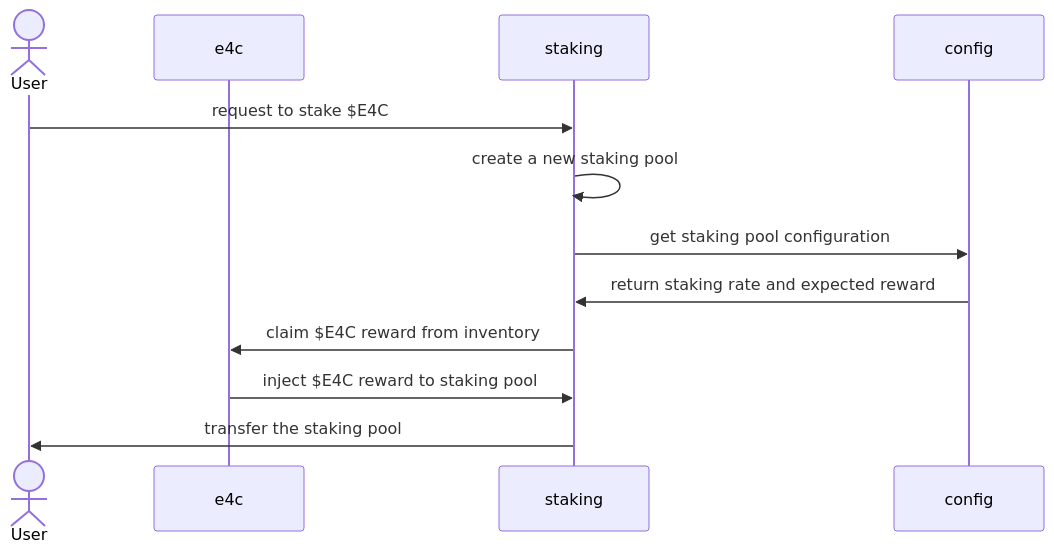
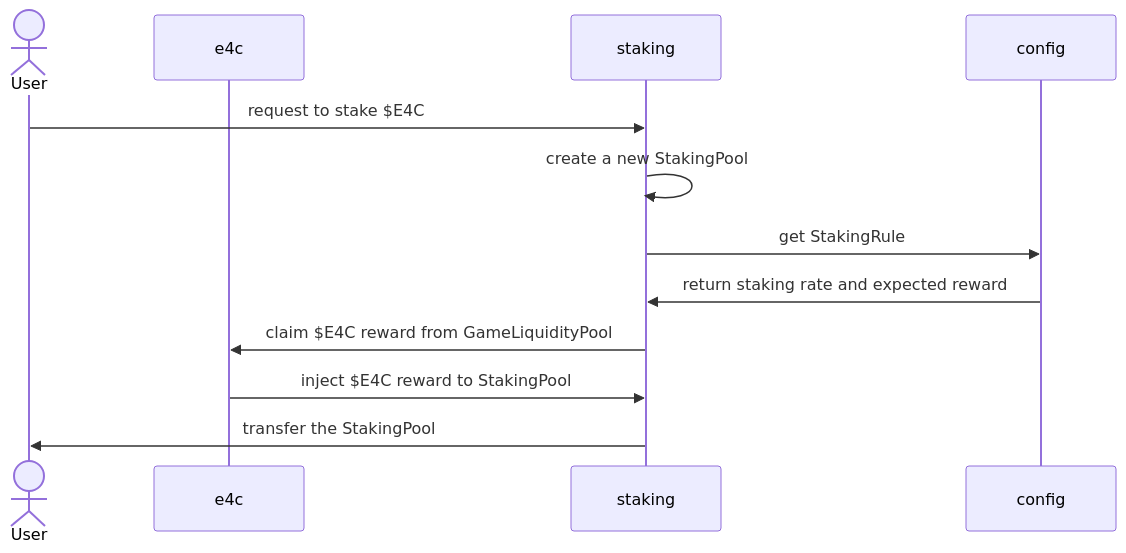
One commit to z330789559/e4c changed the second of 4 diagrams in README.md. Above: the diagram before and after it, drawn with Mermaid. The commit also changed other lines of this file, not shown here.

Commit message:
docs: use proper noun

````diff
--- a/README.md
+++ b/README.md
@@ -44,14 +44,14 @@
 ```mermaid
 sequenceDiagram
     actor U as User
     participant e4c
     participant staking
     participant config
     U ->> staking: request to stake $E4C
-    staking ->> staking: create a new staking pool
-    staking ->> config: get staking pool configuration
+    staking ->> staking: create a new StakingPool
+    staking ->> config: get StakingRule
     config ->> staking: return staking rate and expected reward
-    staking ->> e4c: claim $E4C reward from inventory
-    e4c ->> staking: inject $E4C reward to staking pool
-    staking ->> U: transfer the staking pool
+    staking ->> e4c: claim $E4C reward from GameLiquidityPool
+    e4c ->> staking: inject $E4C reward to StakingPool
+    staking ->> U: transfer the StakingPool
 ```
````
